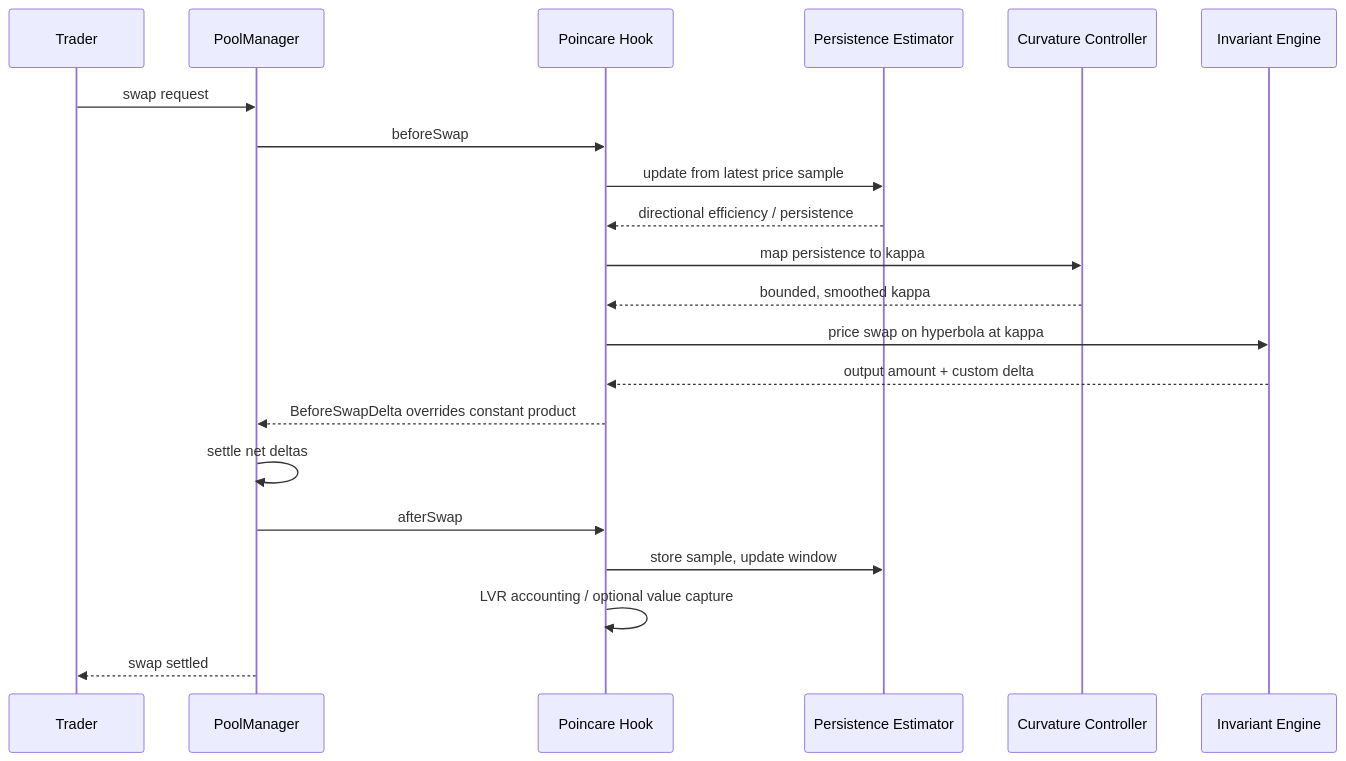
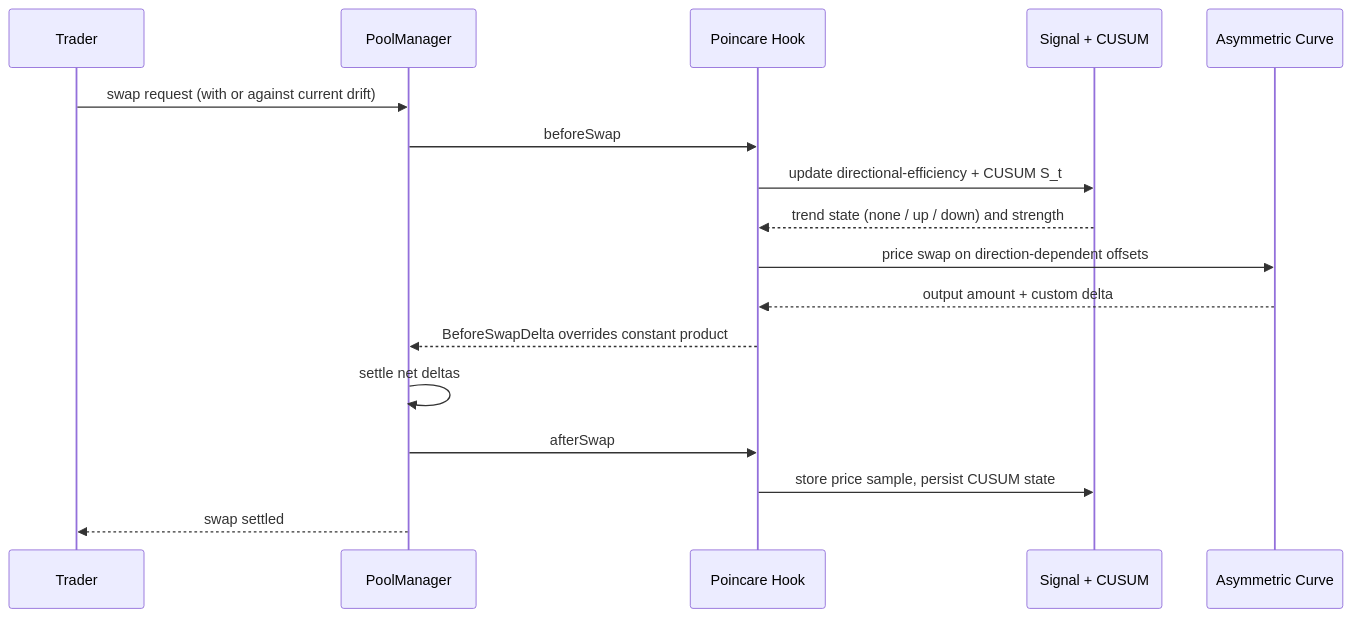
One commit to Prakhar-30/POINCARE changed the third of 3 diagrams in README.md. Above: the diagram before and after it, drawn with Mermaid. The commit also changed other lines of this file, not shown here.

````diff
--- a/README.md
+++ b/README.md
@@ -132,24 +132,20 @@
 ```mermaid
 sequenceDiagram
     participant T as Trader
     participant PM as PoolManager
     participant H as Poincare Hook
-    participant E as Persistence Estimator
-    participant C as Curvature Controller
-    participant I as Invariant Engine
+    participant E as Signal + CUSUM
+    participant I as Asymmetric Curve
 
-    T->>PM: swap request
+    T->>PM: swap request (with or against current drift)
     PM->>H: beforeSwap
-    H->>E: update from latest price sample
-    E-->>H: directional efficiency / persistence
-    H->>C: map persistence to kappa
-    C-->>H: bounded, smoothed kappa
-    H->>I: price swap on hyperbola at kappa
+    H->>E: update directional-efficiency + CUSUM S_t
+    E-->>H: trend state (none / up / down) and strength
+    H->>I: price swap on direction-dependent offsets
     I-->>H: output amount + custom delta
     H-->>PM: BeforeSwapDelta overrides constant product
     PM->>PM: settle net deltas
     PM->>H: afterSwap
-    H->>E: store sample, update window
-    H->>H: LVR accounting / optional value capture
+    H->>E: store price sample, persist CUSUM state
     PM-->>T: swap settled
 ```
````
